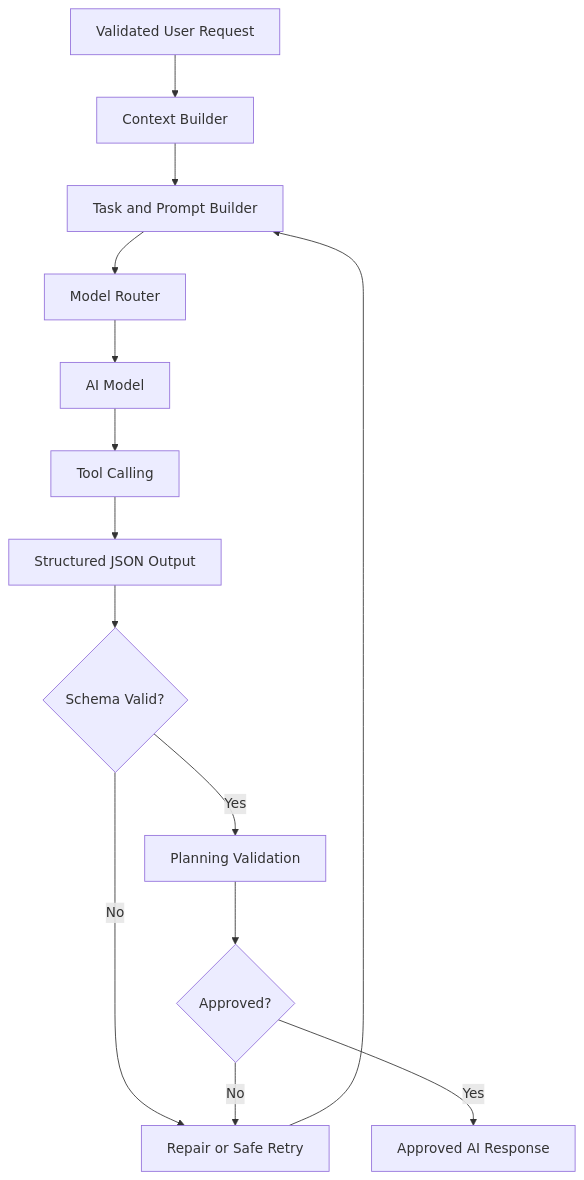
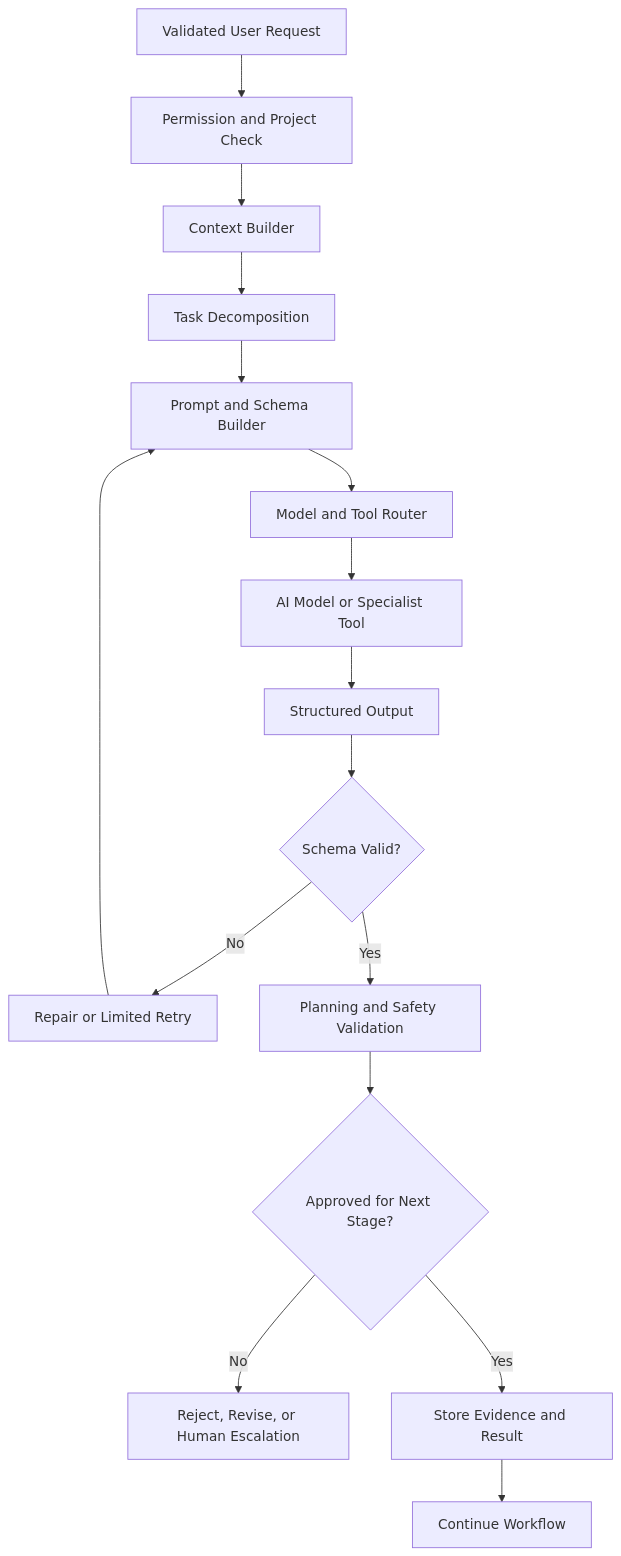
The first of 4 diagrams in docs/AI_MODEL_WORKFLOWS.md (1o8t/AI-Future-Lab), drawn with Mermaid before and after one commit. The commit also changed other lines of this file, not shown here.

Commit message:
Expand AI model orchestration and governance workflows

````diff
--- a/docs/AI_MODEL_WORKFLOWS.md
+++ b/docs/AI_MODEL_WORKFLOWS.md
@@ -7,16 +35,18 @@
 ```mermaid
 flowchart TD
-    A[Validated User Request] --> B[Context Builder]
-    B --> C[Task and Prompt Builder]
-    C --> D[Model Router]
-    D --> E[AI Model]
-    E --> F[Tool Calling]
-    F --> G[Structured JSON Output]
-    G --> H{Schema Valid?}
-    H -- No --> I[Repair or Safe Retry]
-    I --> C
-    H -- Yes --> J[Planning Validation]
-    J --> K{Approved?}
-    K -- No --> I
-    K -- Yes --> L[Approved AI Response]
+    A[Validated User Request] --> B[Permission and Project Check]
+    B --> C[Context Builder]
+    C --> D[Task Decomposition]
+    D --> E[Prompt and Schema Builder]
+    E --> F[Model and Tool Router]
+    F --> G[AI Model or Specialist Tool]
+    G --> H[Structured Output]
+    H --> I{Schema Valid?}
+    I -- No --> J[Repair or Limited Retry]
+    J --> E
+    I -- Yes --> K[Planning and Safety Validation]
+    K --> L{Approved for Next Stage?}
+    L -- No --> M[Reject, Revise, or Human Escalation]
+    L -- Yes --> N[Store Evidence and Result]
+    N --> O[Continue Workflow]
 ```
````
